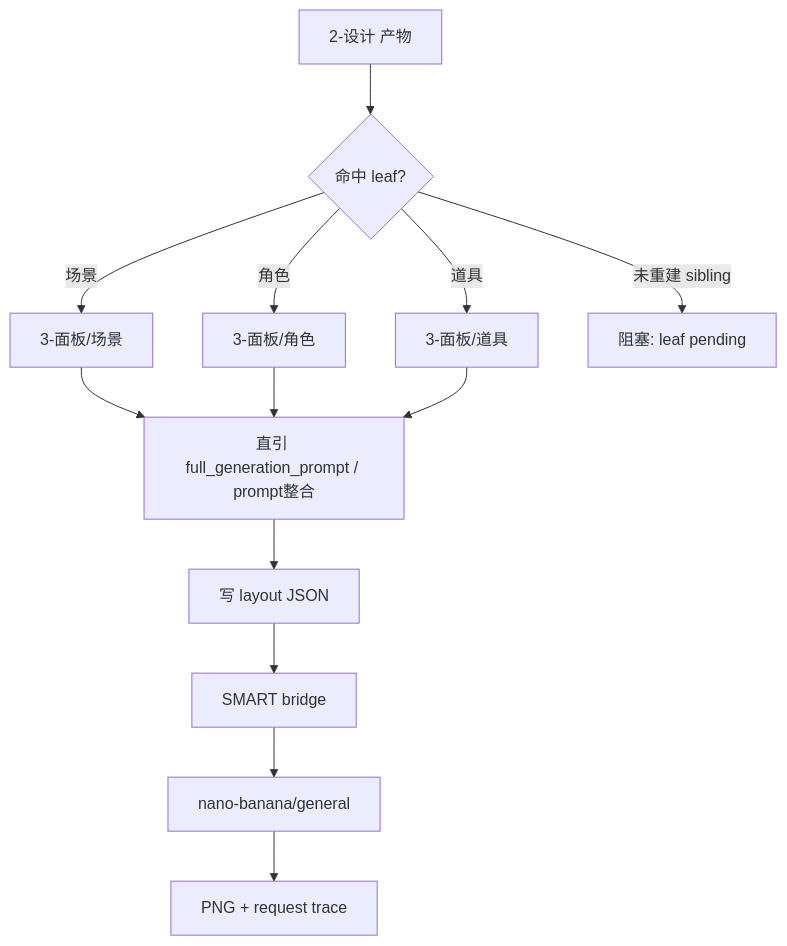
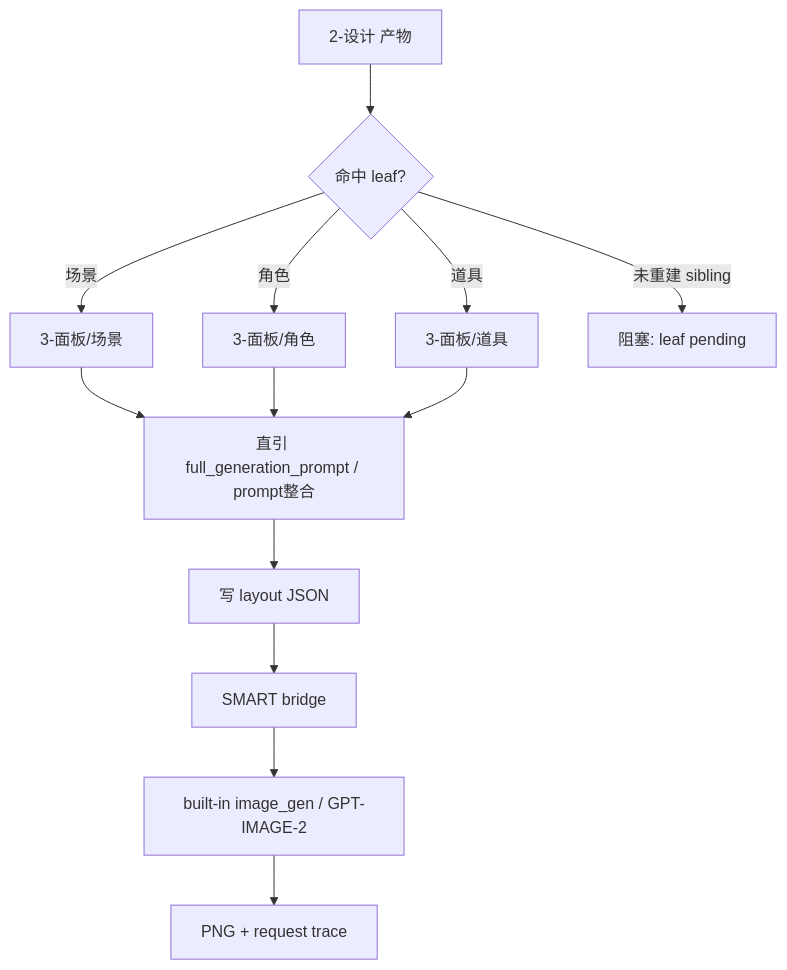
The first of 3 diagrams in .agents/skills/aigc/4-Design/3-面板/SKILL.md (ZEN-VOID/AI-CUT), drawn with Mermaid before and after one commit. The commit also changed other lines of this file and 59 other files, not shown here.

````diff
--- a/.agents/skills/aigc/4-Design/3-面板/SKILL.md
+++ b/.agents/skills/aigc/4-Design/3-面板/SKILL.md
@@ -71,15 +71,15 @@
 ```mermaid
 flowchart TD
     A["2-设计 产物"] --> B{"命中 leaf?"}
     B -->|"场景"| C1["3-面板/场景"]
     B -->|"角色"| C2["3-面板/角色"]
     B -->|"道具"| C3["3-面板/道具"]
     B -->|"未重建 sibling"| X["阻塞: leaf pending"]
     C1 --> D["直引 full_generation_prompt / prompt整合"]
     C2 --> D
     C3 --> D
     D --> E["写 layout JSON"]
     E --> F["SMART bridge"]
-    F --> G["nano-banana/general"]
+    F --> G["built-in image_gen / GPT-IMAGE-2"]
     G --> H["PNG + request trace"]
 ```
````
